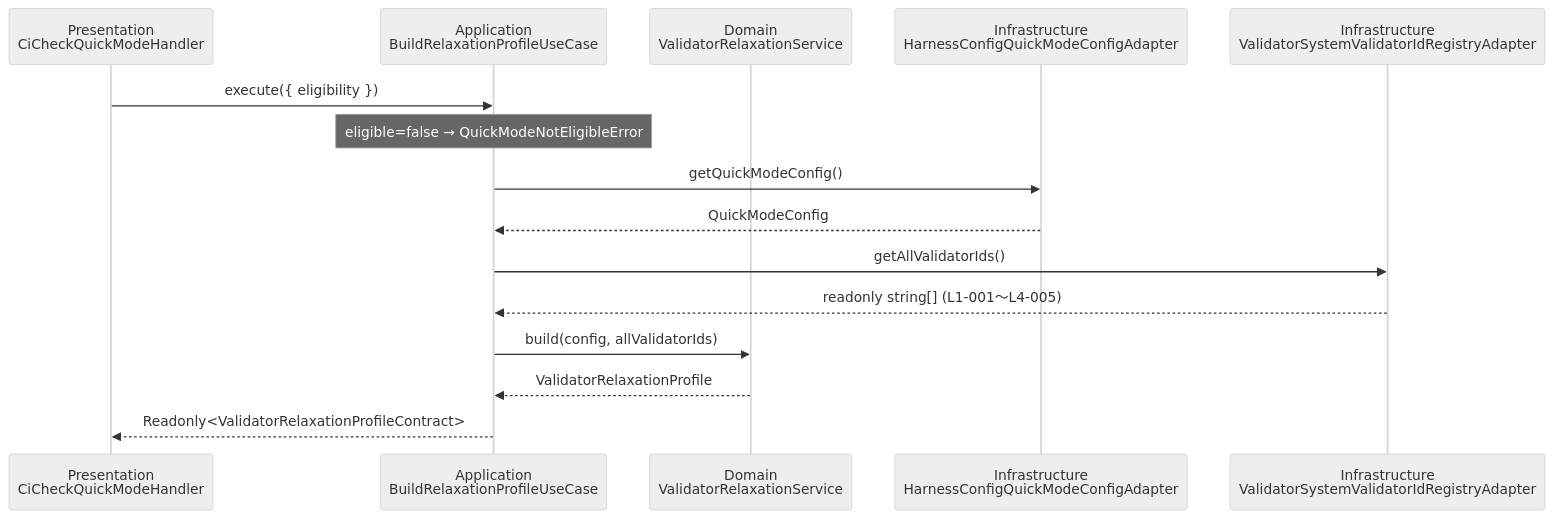
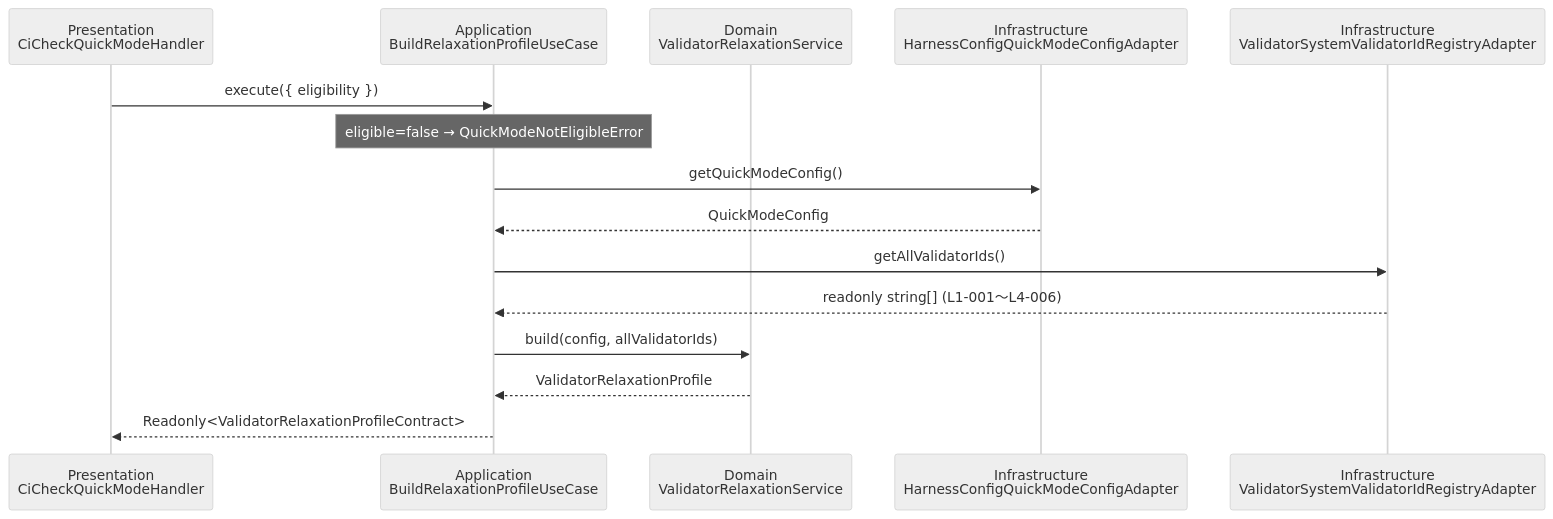
One commit to junpei-9898/phasegate changed the third of 4 diagrams in docs/product/construction/quick-mode/logical_design.md. Above: the diagram before and after it, drawn with Mermaid (neutral theme). The commit also changed other lines of this file and 57 other files, not shown here.

````diff
--- a/docs/product/construction/quick-mode/logical_design.md
+++ b/docs/product/construction/quick-mode/logical_design.md
@@ -870,18 +870,18 @@
 ```mermaid
 sequenceDiagram
     participant CLI as Presentation<br/>CiCheckQuickModeHandler
     participant UC2 as Application<br/>BuildRelaxationProfileUseCase
     participant RS as Domain<br/>ValidatorRelaxationService
     participant CFP as Infrastructure<br/>HarnessConfigQuickModeConfigAdapter
     participant VRP as Infrastructure<br/>ValidatorSystemValidatorIdRegistryAdapter
 
     CLI->>UC2: execute({ eligibility })
     Note over UC2: eligible=false → QuickModeNotEligibleError
     UC2->>CFP: getQuickModeConfig()
     CFP-->>UC2: QuickModeConfig
     UC2->>VRP: getAllValidatorIds()
-    VRP-->>UC2: readonly string[] (L1-001〜L4-005)
+    VRP-->>UC2: readonly string[] (L1-001〜L4-006)
     UC2->>RS: build(config, allValidatorIds)
     RS-->>UC2: ValidatorRelaxationProfile
     UC2-->>CLI: Readonly<ValidatorRelaxationProfileContract>
 ```
````
